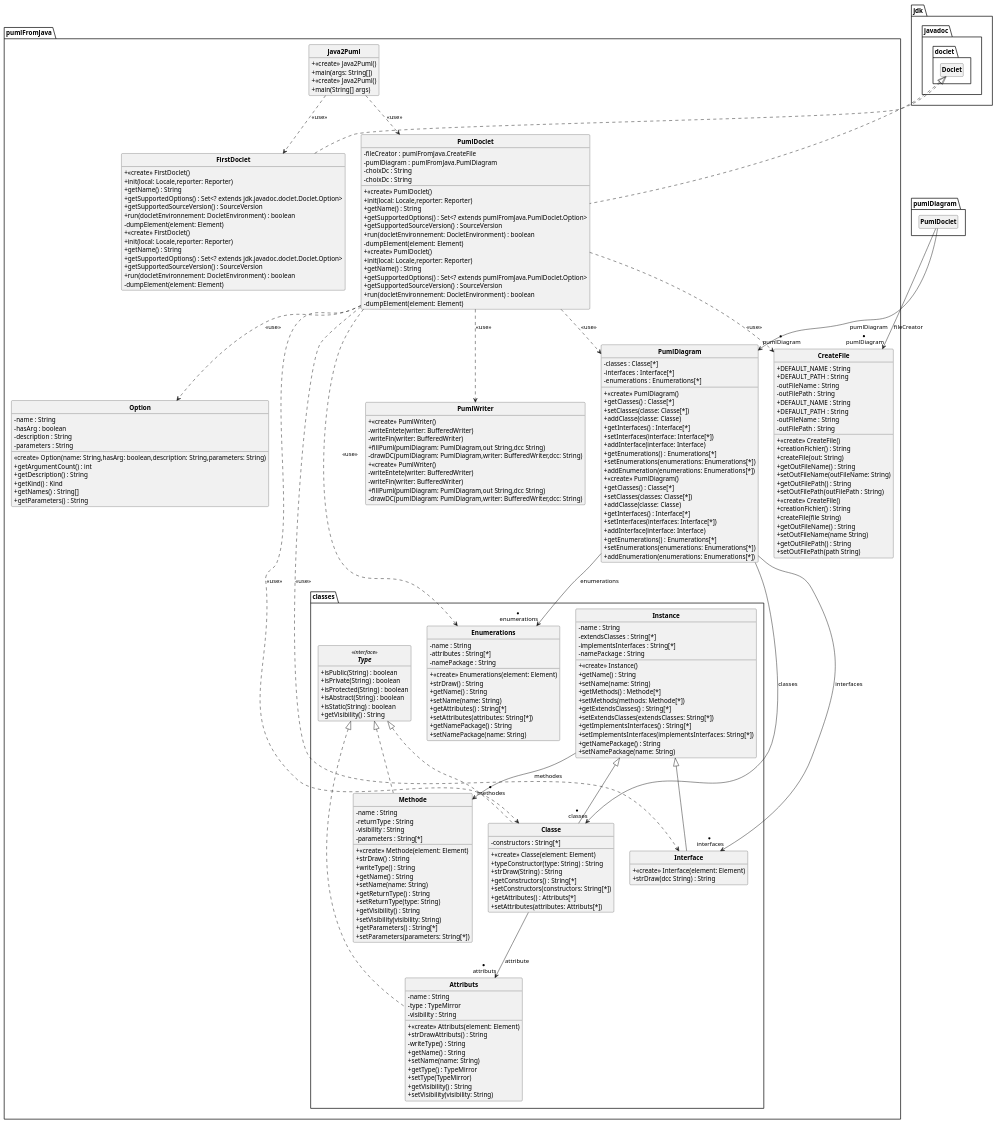
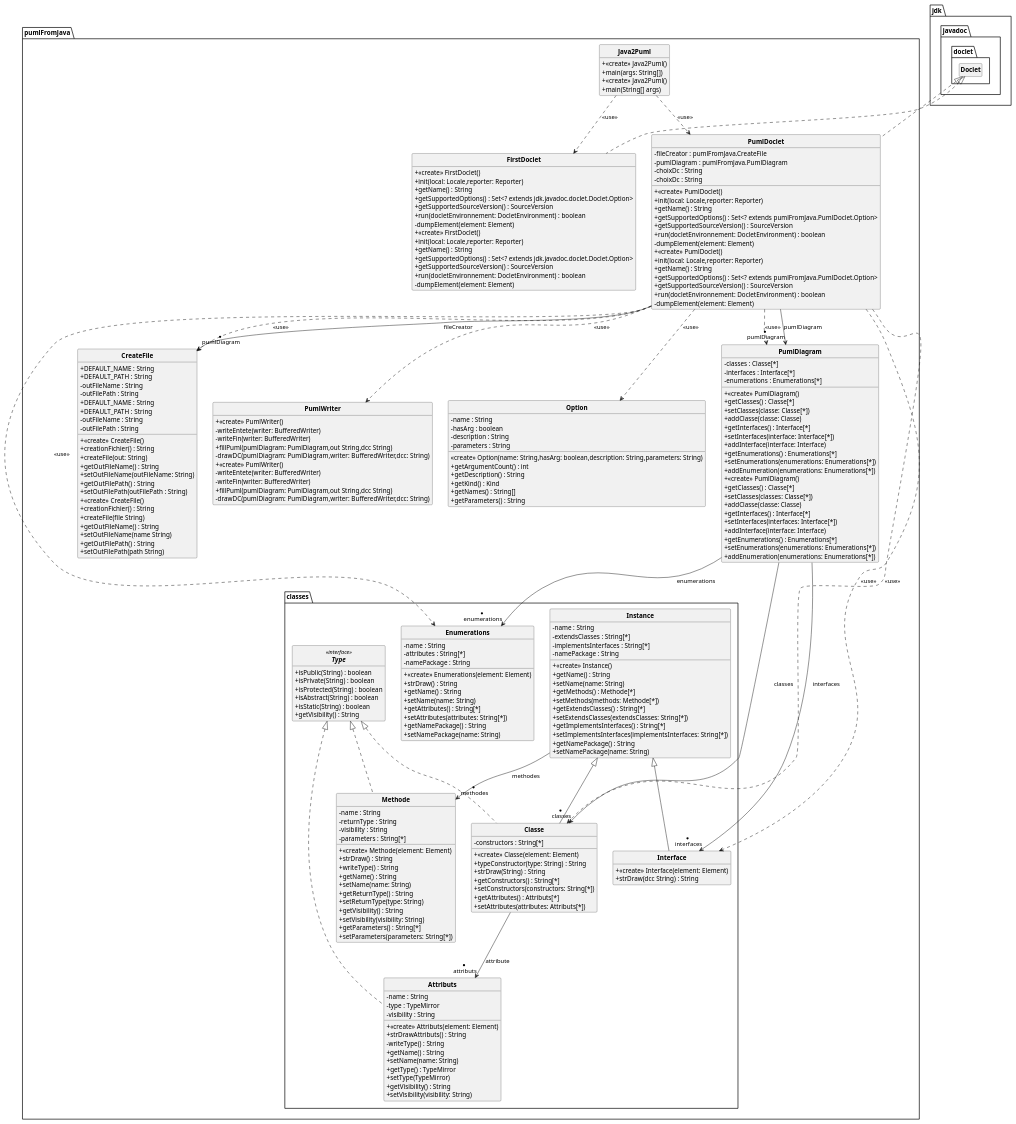
The diagram in uml/Semaine2/DCC_API_DiagramPuml.puml (MrArnaudMichel/API-PlantUML-Parser), drawn with PlantUML before and after one commit. The commit also changed 9 other files, not shown here.

```diff
--- a/uml/Semaine2/DCC_API_DiagramPuml.puml
+++ b/uml/Semaine2/DCC_API_DiagramPuml.puml
@@ -243,6 +243,6 @@
 pumlFromJava.PumlDiagram --> "* \n interfaces" pumlFromJava.classes.Interface : interfaces
 pumlFromJava.PumlDiagram --> "* \n enumerations" pumlFromJava.classes.Enumerations : enumerations
 
-pumlDiagram.PumlDoclet --> "* \n pumlDiagram" pumlFromJava.PumlDiagram : pumlDiagram
-pumlDiagram.PumlDoclet --> "* \n pumlDiagram" pumlFromJava.CreateFile : fileCreator
+pumlFromJava.PumlDoclet --> "* \n pumlDiagram" pumlFromJava.PumlDiagram : pumlDiagram
+pumlFromJava.PumlDoclet --> "* \n pumlDiagram" pumlFromJava.CreateFile : fileCreator
 @enduml
```
